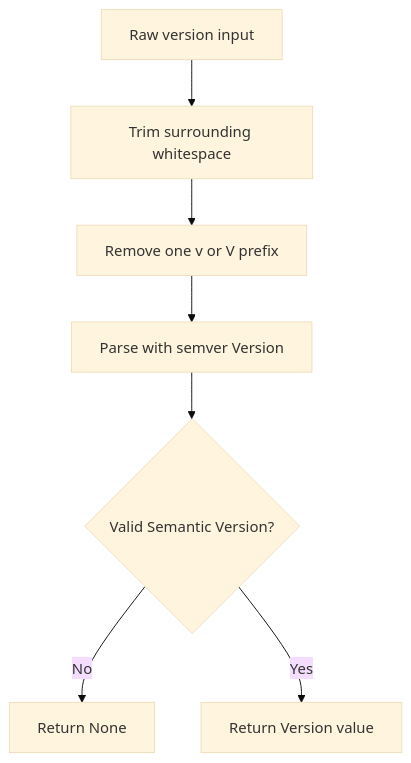
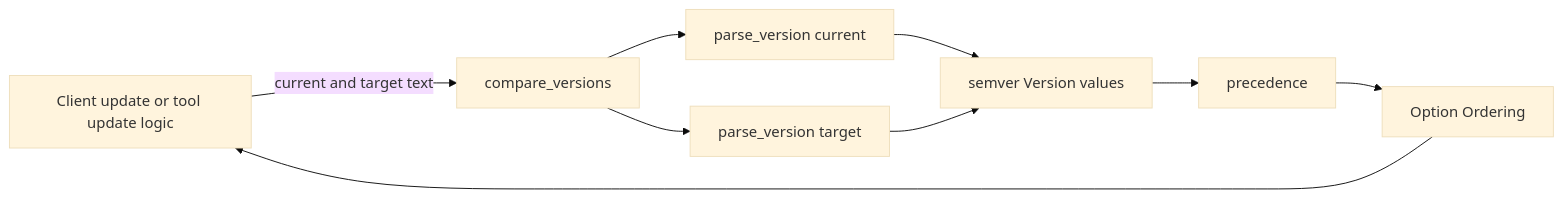
The first of 3 diagrams in docs/reference/architecture/openframe-client-core/utils-version-comparator/utils-version-comparator.md (flamingo-stack/openframe-oss-tenant), drawn with Mermaid (base theme) before and after one commit. The commit also changed other lines of this file and 2377 other files, not shown here.

````diff
--- a/docs/reference/architecture/openframe-client-core/utils-version-comparator/utils-version-comparator.md
+++ b/docs/reference/architecture/openframe-client-core/utils-version-comparator/utils-version-comparator.md
@@ -67,9 +22,11 @@
 ```mermaid
-flowchart TD
-    InputA["Raw version input"] --> Trim["Trim surrounding whitespace"]
-    Trim --> Prefix["Remove one v or V prefix"]
-    Prefix --> Parse["Parse with semver Version"]
-    Parse --> Valid{"Valid Semantic Version?"}
-    Valid -->|"No"| None["Return None"]
-    Valid -->|"Yes"| Version["Return Version value"]
+flowchart LR
+    Caller["Client update or tool update logic"] -->|"current and target text"| Compare["compare_versions"]
+    Compare --> ParseFrom["parse_version current"]
+    Compare --> ParseTo["parse_version target"]
+    ParseFrom --> SemVer["semver Version values"]
+    ParseTo --> SemVer
+    SemVer --> Precedence["precedence"]
+    Precedence --> Result["Option Ordering"]
+    Result --> Caller
 ```
````
